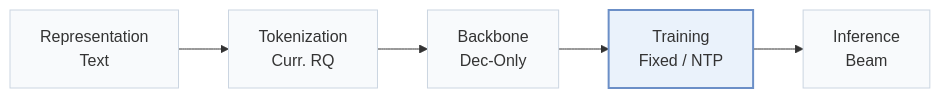
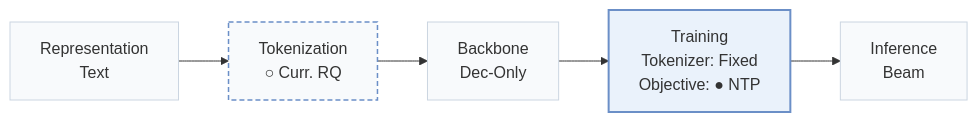
One commit to Galaxy-ghost/Awesome-SID-Generative-Rec changed the first of 2 diagrams in pages/papers/recbase.md. Above: the diagram before and after it, drawn with Mermaid. The commit also changed other lines of this file and 558 other files, not shown here.

````diff
--- a/pages/papers/recbase.md
+++ b/pages/papers/recbase.md
@@ -15,8 +19,10 @@
 ```mermaid
 flowchart LR
-    R["Representation<br/>Text"] --> T["Tokenization<br/>Curr. RQ"] --> B["Backbone<br/>Dec-Only"] --> TR["Training<br/>Fixed / NTP"] --> I["Inference<br/>Beam"]
+    R["Representation<br/>Text"] --> T["Tokenization<br/>○ Curr. RQ"] --> B["Backbone<br/>Dec-Only"] --> TR["Training<br/>Tokenizer: Fixed<br/>Objective: ● NTP"] --> I["Inference<br/>Beam"]
     classDef base fill:#f8fafc,stroke:#cbd5e1
     class R,T,B,TR,I base
+    classDef other fill:#f8fafc,stroke:#6b8fc7,stroke-width:1.5px,stroke-dasharray:5 3
+    class T other
     classDef main fill:#eaf2fb,stroke:#6b8fc7,stroke-width:2px
     class TR main
 ```
````
